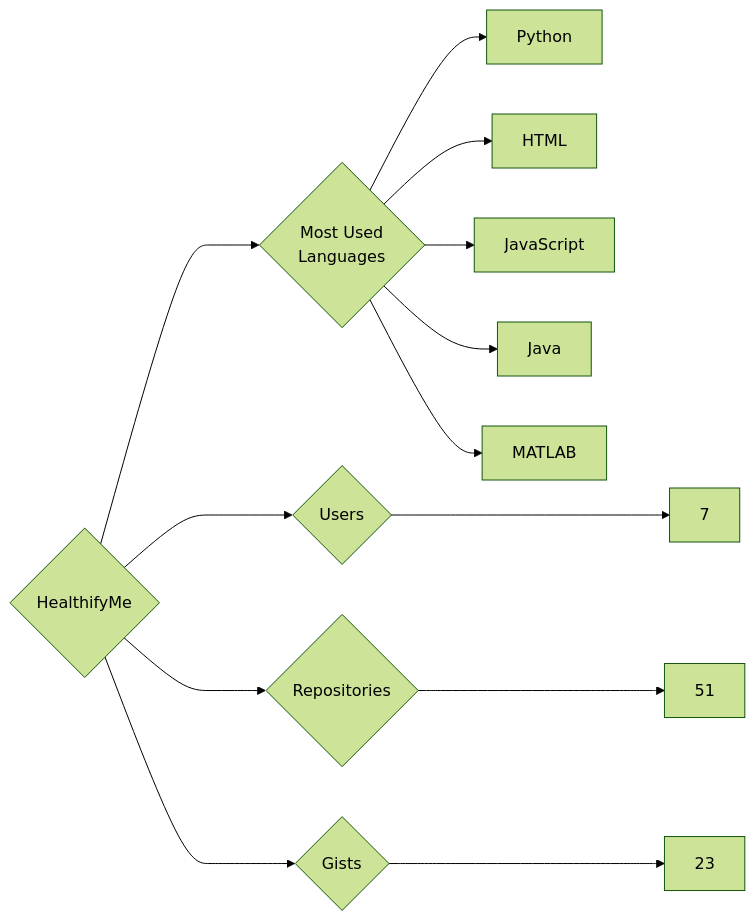
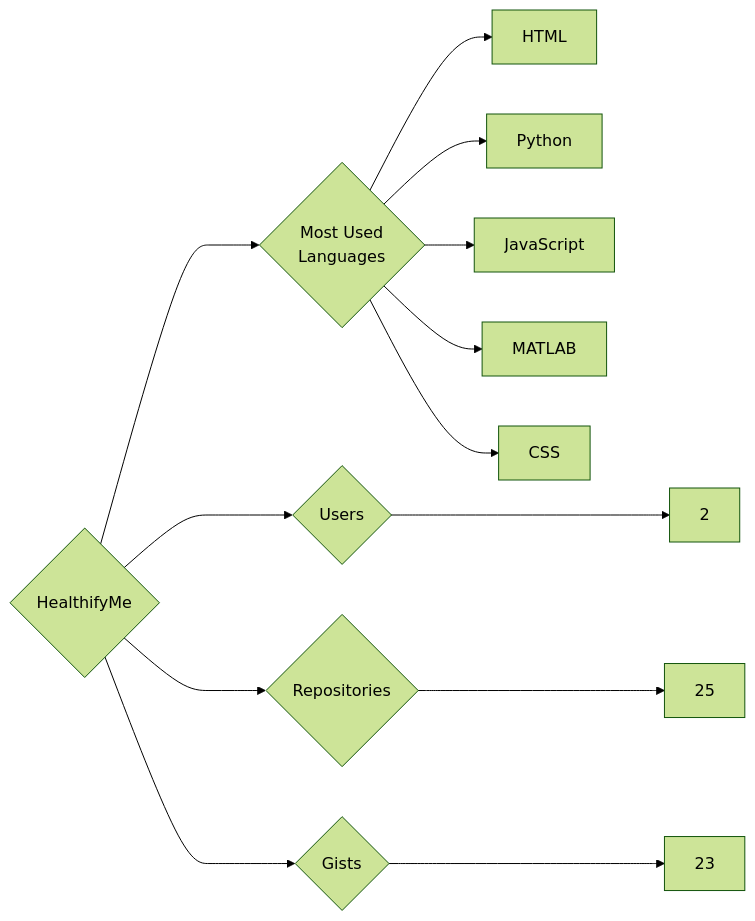
The diagram in targets/HealthifyMe/README.md (trickest/insiders), drawn with Mermaid (forest theme) before and after one commit. The commit also changed 880 other files, not shown here.

````diff
--- a/targets/HealthifyMe/README.md
+++ b/targets/HealthifyMe/README.md
@@ -3,13 +3,13 @@
 ```mermaid
 graph LR
 COMPANY_NAME{HealthifyMe}
-COMPANY_NAME ---> U{Users} ---> UN[7]
-COMPANY_NAME ---> R{Repositories} ---> RN[51]
+COMPANY_NAME ---> U{Users} ---> UN[2]
+COMPANY_NAME ---> R{Repositories} ---> RN[25]
 COMPANY_NAME ---> G{Gists} ---> GN[23]
 COMPANY_NAME ---> ML{Most Used<br>Languages}
+ML --> HTML[HTML]
 ML --> Python[Python]
-ML --> HTML[HTML]
 ML --> JavaScript[JavaScript]
-ML --> Java[Java]
 ML --> MATLAB[MATLAB]
+ML --> CSS[CSS]
 ```
````
